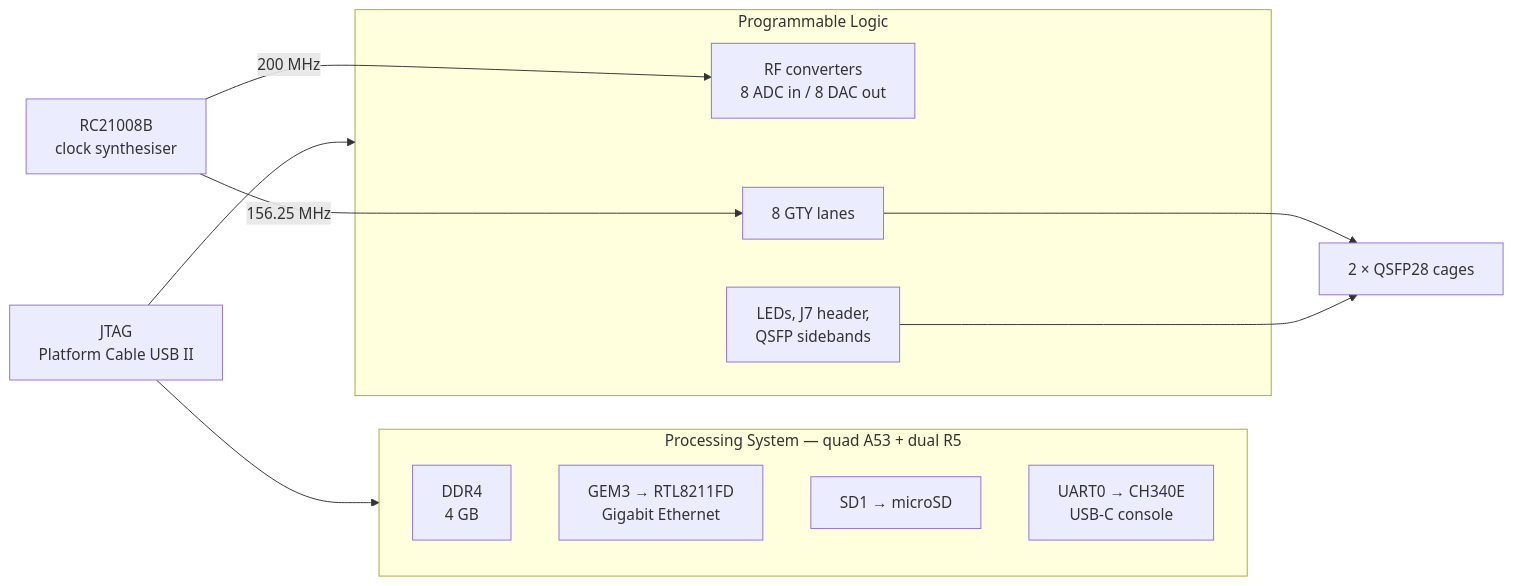
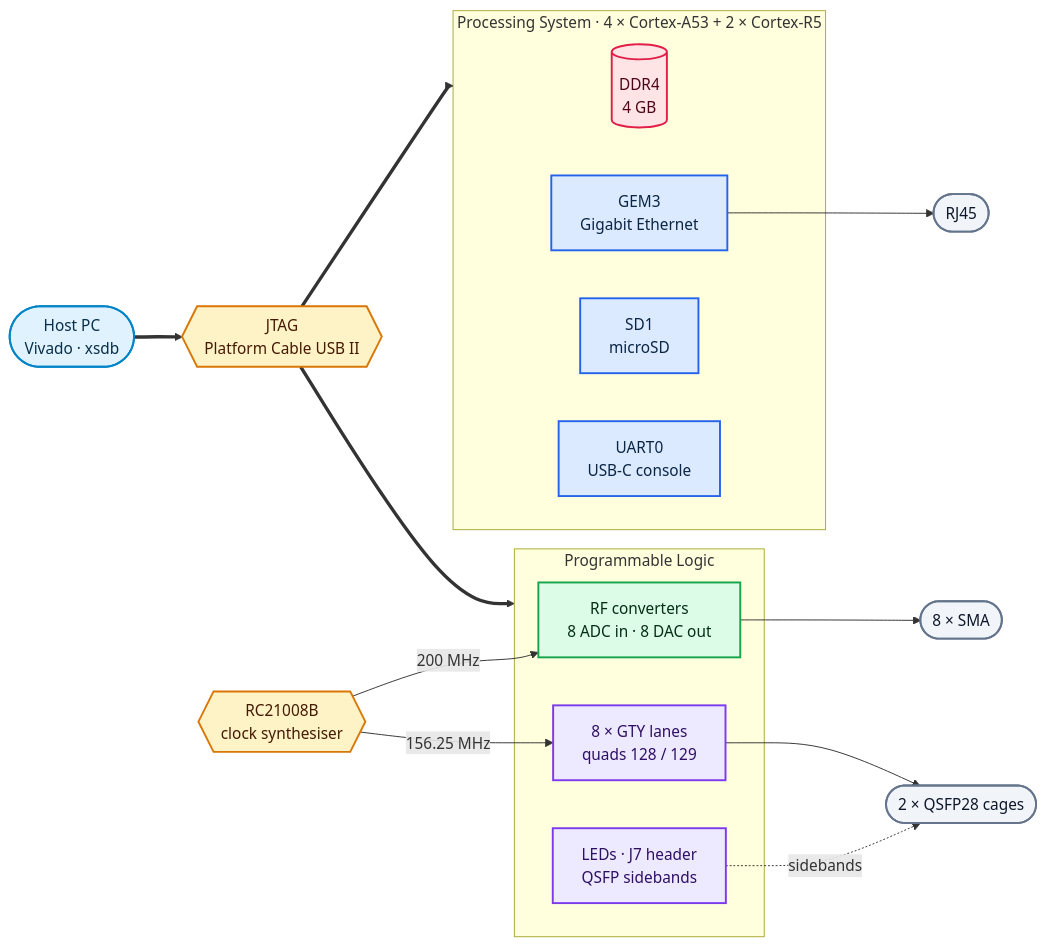
The diagram in README.md (JutsFunFor/xczu27dr-rfsoc), drawn with Mermaid before and after one commit. The commit also changed other lines of this file and 16 other files, not shown here.

````diff
--- a/README.md
+++ b/README.md
@@ -35,20 +36,47 @@
 ```mermaid
 flowchart LR
-  subgraph PS["Processing System — quad A53 + dual R5"]
-    DDR["DDR4<br/>4 GB"]
-    GEM["GEM3 → RTL8211FD<br/>Gigabit Ethernet"]
-    SD["SD1 → microSD"]
-    UART["UART0 → CH340E<br/>USB-C console"]
+  HOST(["Host PC<br/>Vivado · xsdb"])
+  JTAG{{"JTAG<br/>Platform Cable USB II"}}
+  HOST ==> JTAG
+
+  subgraph PS["Processing System · 4 × Cortex-A53 + 2 × Cortex-R5"]
+    DDR[("DDR4<br/>4 GB")]
+    GEM["GEM3<br/>Gigabit Ethernet"]
+    SD["SD1<br/>microSD"]
+    UART["UART0<br/>USB-C console"]
   end
+
   subgraph PL["Programmable Logic"]
-    RF["RF converters<br/>8 ADC in / 8 DAC out"]
-    GTY["8 GTY lanes"]
-    IO["LEDs, J7 header,<br/>QSFP sidebands"]
+    RF["RF converters<br/>8 ADC in · 8 DAC out"]
+    GTY["8 × GTY lanes<br/>quads 128 / 129"]
+    IO["LEDs · J7 header<br/>QSFP sidebands"]
   end
-  CLK["RC21008B<br/>clock synthesiser"] -->|200 MHz| RF
-  CLK -->|156.25 MHz| GTY
-  GTY --> Q["2 × QSFP28 cages"]
-  IO --> Q
-  JTAG["JTAG<br/>Platform Cable USB II"] --> PS
-  JTAG --> PL
+
+  CLK{{"RC21008B<br/>clock synthesiser"}}
+  CLK -->|"200 MHz"| RF
+  CLK -->|"156.25 MHz"| GTY
+
+  JTAG ==> PS
+  JTAG ==> PL
+
+  GEM --> RJ(["RJ45"])
+  RF --> SMA(["8 × SMA"])
+  GTY --> QS(["2 × QSFP28 cages"])
+  IO -.->|"sidebands"| QS
+
+  classDef ps   fill:#dbeafe,stroke:#2563eb,stroke-width:2px,color:#0b2545
+  classDef pl   fill:#ede9fe,stroke:#7c3aed,stroke-width:2px,color:#2e1065
+  classDef clk  fill:#fef3c7,stroke:#d97706,stroke-width:2px,color:#451a03
+  classDef rf   fill:#dcfce7,stroke:#16a34a,stroke-width:2px,color:#052e16
+  classDef mem  fill:#ffe4e6,stroke:#e11d48,stroke-width:2px,color:#4c0519
+  classDef ext  fill:#f1f5f9,stroke:#64748b,stroke-width:2px,color:#0f172a
+  classDef host fill:#e0f2fe,stroke:#0284c7,stroke-width:2px,color:#082f49
+
+  class GEM,SD,UART ps
+  class DDR mem
+  class GTY,IO pl
+  class RF rf
+  class CLK,JTAG clk
+  class RJ,SMA,QS ext
+  class HOST host
 ```
````
